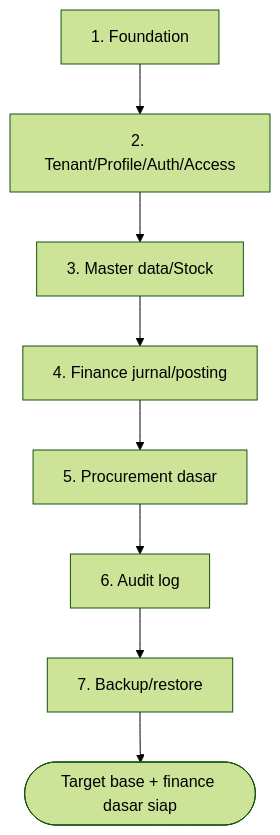
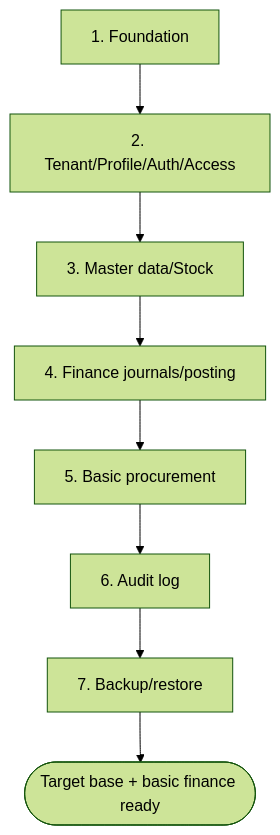
Before and after one commit to ahliweb/awcms: the second of 2 diagrams in docs/awcms/02_prd_detail_per_modul.md, drawn with Mermaid (forest theme). The commit also changed other lines of this file and 603 other files, not shown here.

````diff
--- a/docs/awcms/02_prd_detail_per_modul.md
+++ b/docs/awcms/02_prd_detail_per_modul.md
@@ -354,10 +356,10 @@
 ```mermaid
 flowchart TB
   P1[1. Foundation] --> P2[2. Tenant/Profile/Auth/Access]
   P2 --> P3[3. Master data/Stock]
-  P3 --> P4[4. Finance jurnal/posting]
-  P4 --> P5[5. Procurement dasar]
+  P3 --> P4[4. Finance journals/posting]
+  P4 --> P5[5. Basic procurement]
   P5 --> P6[6. Audit log]
   P6 --> P7[7. Backup/restore]
-  P7 --> Ready([Target base + finance dasar siap])
+  P7 --> Ready([Target base + basic finance ready])
 ```
````
